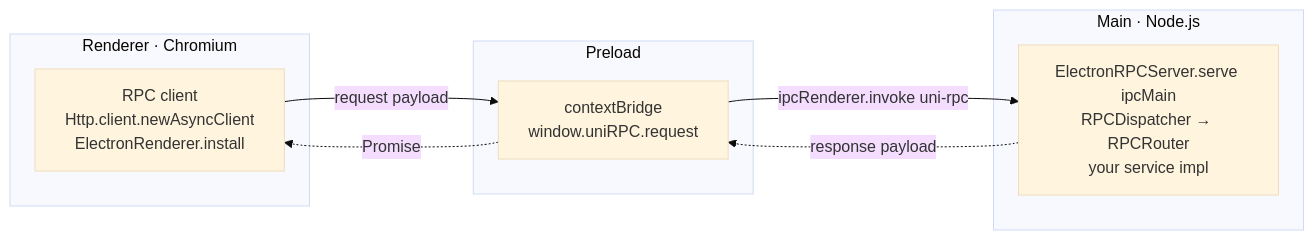
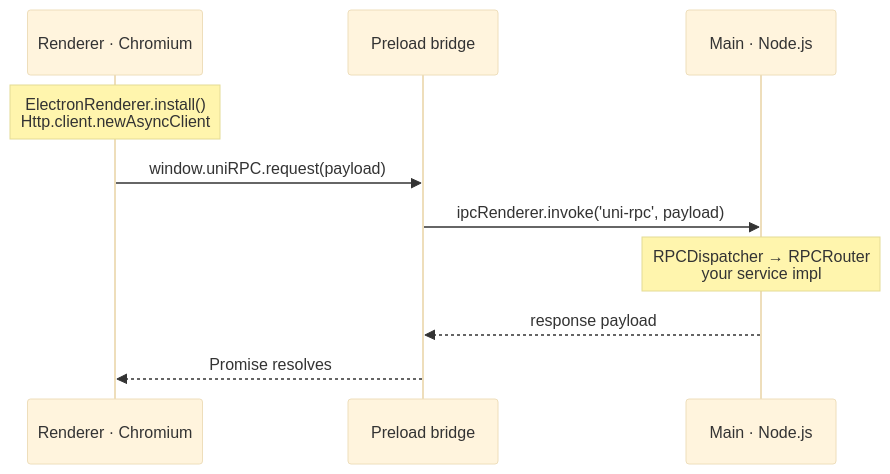
The diagram in docs/http/electron.md (wvlet/uni), drawn with Mermaid (base theme) before and after one commit. The commit also changed 2 other files, not shown here.

Commit message:
docs: Use sequence diagrams for the Electron IPC flow (#611)
## Summary

Follow-up to #610. The horizontal Mermaid flowcharts rendered **too
small** in VitePress's width-limited content column.

The renderer↔preload↔main exchange is really a **request/response
sequence**, so this switches the three diagrams to `sequenceDiagram`:
- Lays out **vertically** → fits the narrow content column (docs have
plenty of vertical space).
- Reads top-to-bottom in call order, making the IPC round-trip explicit
(request → `ipcRenderer.invoke` → dispatch → response → Promise).

No site-wide changes (no column widening, no zoom plugin) — the fix is
just the right diagram type for the content.

Applied to:
- `docs/http/electron.md` (reference)
- `docs/http/electron-tutorial.md` (tutorial)
- `examples/electron-app/README.md` (GitHub renders it natively)

## Verification

`pnpm docs:build` passes; `sequenceDiagram` and the (URL-encoded)
message text are bundled into the page chunks for client-side rendering.

🤖 Generated with [Claude Code](https://claude.com/claude-code)

````diff
--- a/docs/http/electron.md
+++ b/docs/http/electron.md
@@ -20,16 +20,12 @@
 ```mermaid
-flowchart LR
-  subgraph R["Renderer · Chromium"]
-    A["RPC client<br/>Http.client.newAsyncClient<br/>ElectronRenderer.install"]
-  end
-  subgraph PL["Preload"]
-    B["contextBridge<br/>window.uniRPC.request"]
-  end
-  subgraph M["Main · Node.js"]
-    C["ElectronRPCServer.serve ipcMain<br/>RPCDispatcher → RPCRouter<br/>your service impl"]
-  end
-  A -- "request payload" --> B
-  B -- "ipcRenderer.invoke uni-rpc" --> C
-  C -. "response payload" .-> B
-  B -. "Promise" .-> A
+sequenceDiagram
+    participant R as Renderer · Chromium
+    participant P as Preload bridge
+    participant M as Main · Node.js
+    Note over R: ElectronRenderer.install()<br/>Http.client.newAsyncClient
+    R->>P: window.uniRPC.request(payload)
+    P->>M: ipcRenderer.invoke('uni-rpc', payload)
+    Note over M: RPCDispatcher → RPCRouter<br/>your service impl
+    M-->>P: response payload
+    P-->>R: Promise resolves
 ```
````
